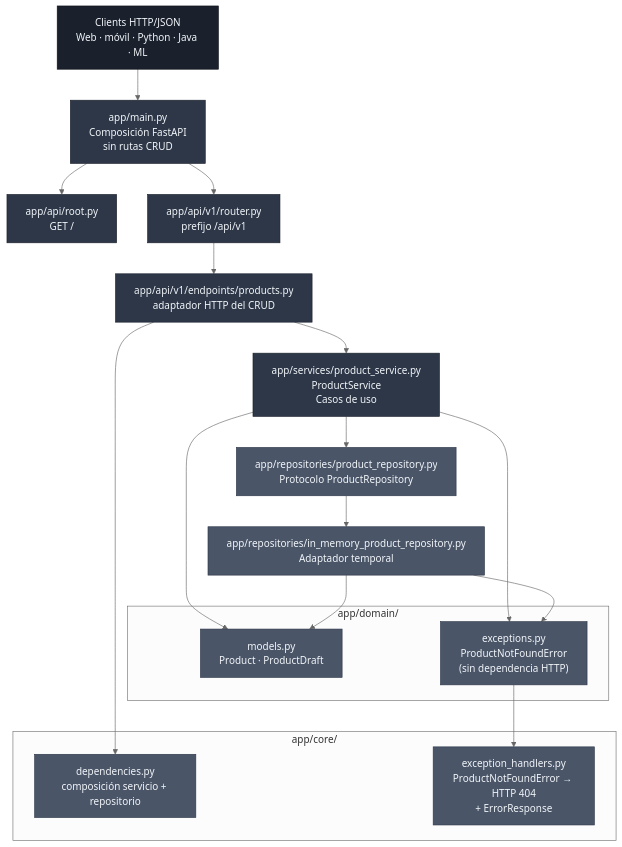
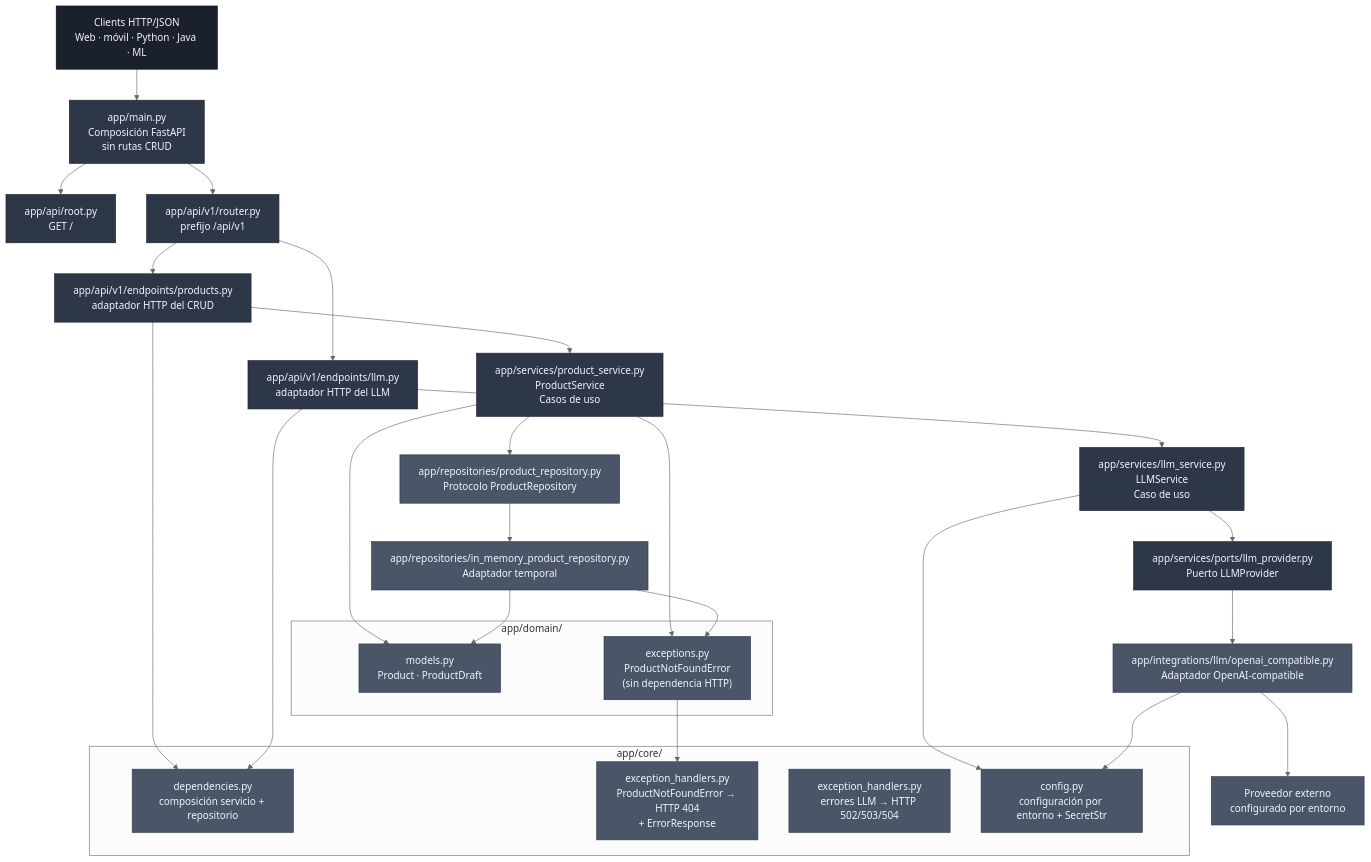
Before and after one commit to LenninTemoche/FastAPI-AI-integration-basic: the second of 3 diagrams in docs/architecture.md, drawn with Mermaid (neutral theme). The commit also changed other lines of this file and 22 other files, not shown here.

Commit message:
feat: add provider LLM integration

````diff
--- a/docs/architecture.md
+++ b/docs/architecture.md
@@ -70,40 +77,58 @@
 ```mermaid
 flowchart TD
     CLIENT[Clients HTTP/JSON<br/>Web · móvil · Python · Java · ML] --> MAIN[app/main.py<br/>Composición FastAPI<br/>sin rutas CRUD]
     MAIN --> ROOT[app/api/root.py<br/>GET /]
     MAIN --> V1[app/api/v1/router.py<br/>prefijo /api/v1]
     V1 --> PROD[app/api/v1/endpoints/products.py<br/>adaptador HTTP del CRUD]
+    V1 --> LLM_EP[app/api/v1/endpoints/llm.py<br/>adaptador HTTP del LLM]
     PROD --> SVC[app/services/product_service.py<br/>ProductService<br/>Casos de uso]
+    LLM_EP --> LLM_SVC[app/services/llm_service.py<br/>LLMService<br/>Caso de uso]
     SVC --> REPO_PROTO[app/repositories/product_repository.py<br/>Protocolo ProductRepository]
     REPO_PROTO --> REPO_IMPL[app/repositories/in_memory_product_repository.py<br/>Adaptador temporal]
+    LLM_SVC --> LLM_PORT[app/services/ports/llm_provider.py<br/>Puerto LLMProvider]
+    LLM_PORT --> LLM_ADAPT[app/integrations/llm/openai_compatible.py<br/>Adaptador OpenAI-compatible]
+    LLM_ADAPT --> EXT[Proveedor externo<br/>configurado por entorno]
 
     subgraph DOM["app/domain/"]
         MODELS["models.py<br/>Product · ProductDraft"]
         EXC["exceptions.py<br/>ProductNotFoundError<br/>(sin dependencia HTTP)"]
     end
 
     subgraph CORE["app/core/"]
         DEPS["dependencies.py<br/>composición servicio + repositorio"]
         ERR["exception_handlers.py<br/>ProductNotFoundError → HTTP 404<br/>+ ErrorResponse"]
+        LLM_ERR["exception_handlers.py<br/>errores LLM → HTTP 502/503/504"]
+        CONF["config.py<br/>configuración por entorno + SecretStr"]
     end
 
     PROD --> DEPS
     SVC --> MODELS
     SVC --> EXC
     EXC --> ERR
     REPO_IMPL --> MODELS
     REPO_IMPL --> EXC
 
+    LLM_EP --> DEPS
+    LLM_SVC --> CONF
+    LLM_ADAPT --> CONF
+
     style CLIENT fill:#1a202c,stroke:#0d1117,color:#f1f5f9
     style MAIN fill:#2d3748,stroke:#1a202c,color:#f1f5f9
     style ROOT fill:#2d3748,stroke:#1a202c,color:#f1f5f9
     style V1 fill:#2d3748,stroke:#1a202c,color:#f1f5f9
     style PROD fill:#2d3748,stroke:#1a202c,color:#f1f5f9
+    style LLM_EP fill:#2d3748,stroke:#1a202c,color:#f1f5f9
     style SVC fill:#2d3748,stroke:#1a202c,color:#f1f5f9
+    style LLM_SVC fill:#2d3748,stroke:#1a202c,color:#f1f5f9
     style REPO_PROTO fill:#4a5568,stroke:#2d3748,color:#f1f5f9
     style REPO_IMPL fill:#4a5568,stroke:#2d3748,color:#f1f5f9
+    style LLM_PORT fill:#2d3748,stroke:#1a202c,color:#f1f5f9
+    style LLM_ADAPT fill:#4a5568,stroke:#2d3748,color:#f1f5f9
+    style EXT fill:#4a5568,stroke:#2d3748,color:#f1f5f9
     style MODELS fill:#4a5568,stroke:#2d3748,color:#f1f5f9
     style EXC fill:#4a5568,stroke:#2d3748,color:#f1f5f9
     style DEPS fill:#4a5568,stroke:#2d3748,color:#f1f5f9
     style ERR fill:#4a5568,stroke:#2d3748,color:#f1f5f9
+    style LLM_ERR fill:#4a5568,stroke:#2d3748,color:#f1f5f9
+    style CONF fill:#4a5568,stroke:#2d3748,color:#f1f5f9
 ```
````
